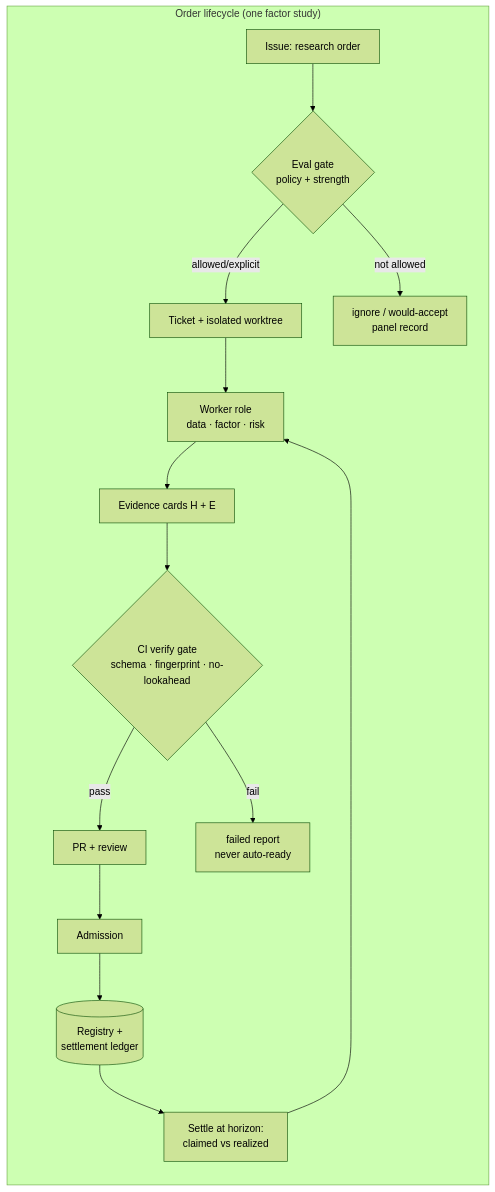
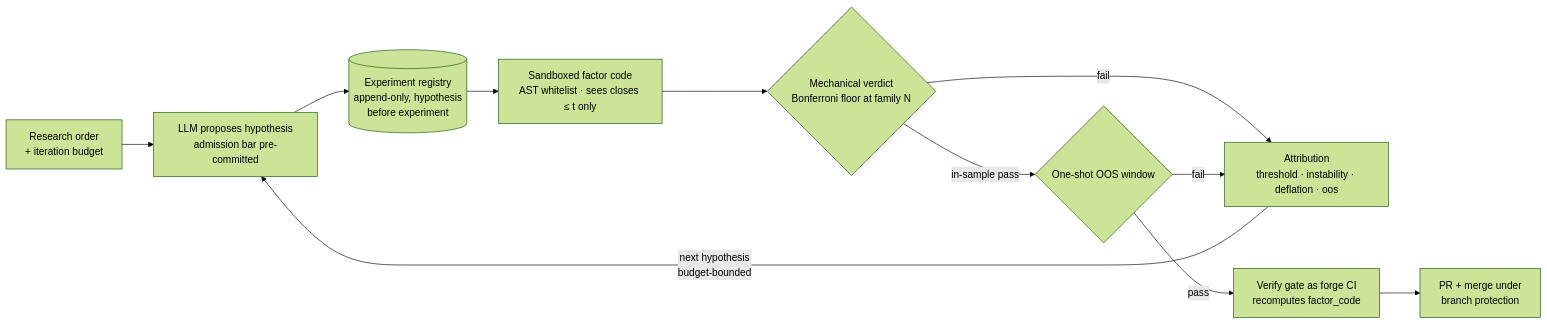
One commit to 0x1512/quant-super-agent changed the diagram in README.md. Above: the diagram before and after it, drawn with Mermaid (forest theme). The commit also changed other lines of this file and 1 other file, not shown here.

First line of the commit message:
docs: README rewrite for v0.3 — accurate card example, research-loop diagram, shipped-vs-designed states

````diff
--- a/README.md
+++ b/README.md
@@ -54,17 +100,13 @@
 ```mermaid
 flowchart LR
-    subgraph Lifecycle["Order lifecycle (one factor study)"]
-        A[Issue: research order] --> B{Eval gate<br/>policy + strength}
-        B -- allowed/explicit --> C[Ticket + isolated worktree]
-        B -- not allowed --> D[ignore / would-accept<br/>panel record]
-        C --> E[Worker role<br/>data · factor · risk]
-        E --> F[Evidence cards H + E]
-        F --> G{"CI verify gate<br/>schema · fingerprint · no-lookahead"}
-        G -- pass --> H[PR + review]
-        G -- fail --> I[failed report<br/>never auto-ready]
-        H --> J[Admission]
-        J --> K[(Registry +<br/>settlement ledger)]
-        K --> L[Settle at horizon:<br/>claimed vs realized]
-        L --> E
-    end
+    A[Research order<br/>+ iteration budget] --> B[LLM proposes hypothesis<br/>admission bar pre-committed]
+    B --> C[(Experiment registry<br/>append-only, hypothesis<br/>before experiment)]
+    C --> D[Sandboxed factor code<br/>AST whitelist · sees closes ≤ t only]
+    D --> E{Mechanical verdict<br/>Bonferroni floor at family N}
+    E -- fail --> F[Attribution<br/>threshold · instability · deflation · oos]
+    E -- in-sample pass --> G{One-shot OOS window}
+    G -- fail --> F
+    G -- pass --> H[Verify gate as forge CI<br/>recomputes factor_code]
+    F -- next hypothesis<br/>budget-bounded --> B
+    H --> I[PR + merge under<br/>branch protection]
 ```
````
